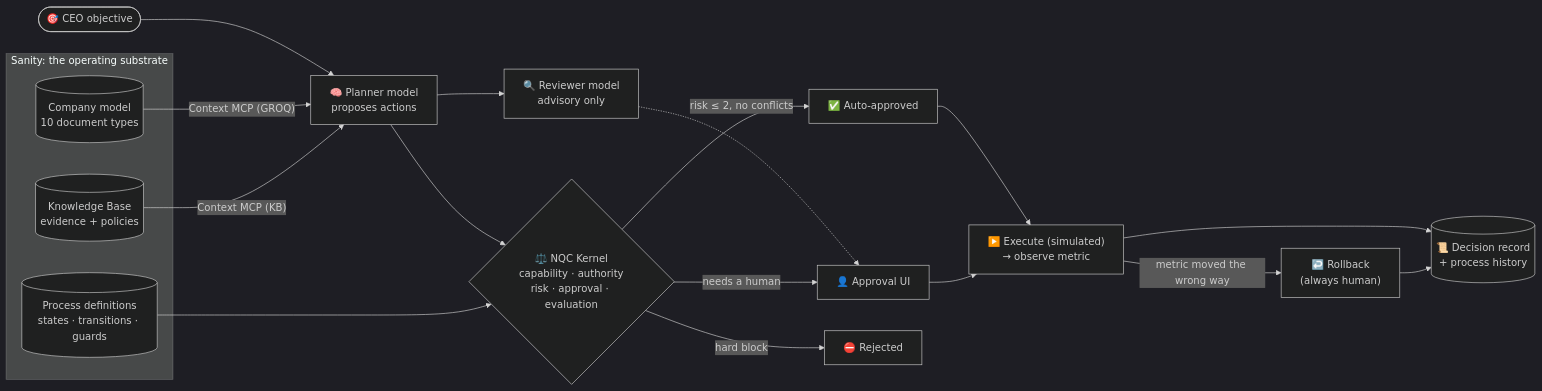
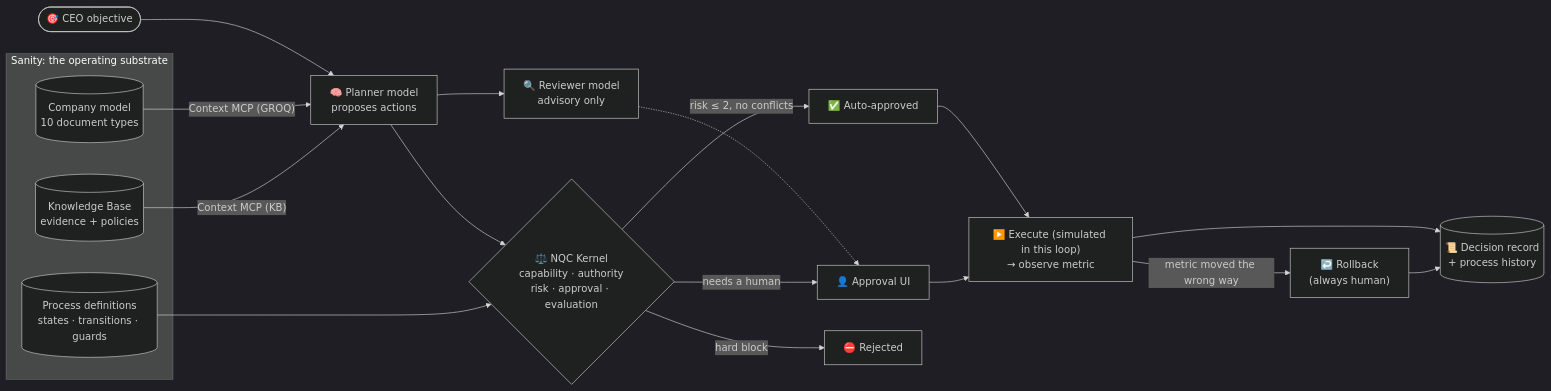
One commit to nuerainc/project-quicksilver changed the first of 2 diagrams in README.md. Above: the diagram before and after it, drawn with Mermaid (dark theme). The commit also changed other lines of this file and 1 other file, not shown here.

First line of the commit message:
Docs: say what is real at the top, and mark the simulated lines as the decision loop only

````diff
--- a/README.md
+++ b/README.md
@@ -125,30 +141,30 @@
 ```mermaid
 flowchart LR
     CEO(["🎯 CEO objective"]) --> Agent
 
     subgraph Sanity["Sanity: the operating substrate"]
         Model[("Company model<br/>10 document types")]
         KB[("Knowledge Base<br/>evidence + policies")]
         Proc[("Process definitions<br/>states · transitions · guards")]
     end
 
     Model -- "Context MCP (GROQ)" --> Agent
     KB -- "Context MCP (KB)" --> Agent
 
     Agent["🧠 Planner model<br/>proposes actions"] --> Kernel
     Agent --> Reviewer["🔍 Reviewer model<br/>advisory only"]
     Reviewer -.-> UI
 
     Kernel{"⚖️ NQC Kernel<br/>capability · authority<br/>risk · approval · evaluation"}
     Proc --> Kernel
 
     Kernel -- "risk ≤ 2, no conflicts" --> Auto["✅ Auto-approved"]
     Kernel -- "needs a human" --> UI["👤 Approval UI"]
     Kernel -- "hard block" --> Rej["⛔ Rejected"]
 
-    Auto --> Exec["▶️ Execute (simulated)<br/>→ observe metric"]
+    Auto --> Exec["▶️ Execute (simulated in this loop)<br/>→ observe metric"]
     UI --> Exec
     Exec -- "metric moved the wrong way" --> RB["↩️ Rollback<br/>(always human)"]
     Exec --> Log[("📜 Decision record<br/>+ process history")]
     RB --> Log
 ```
````
